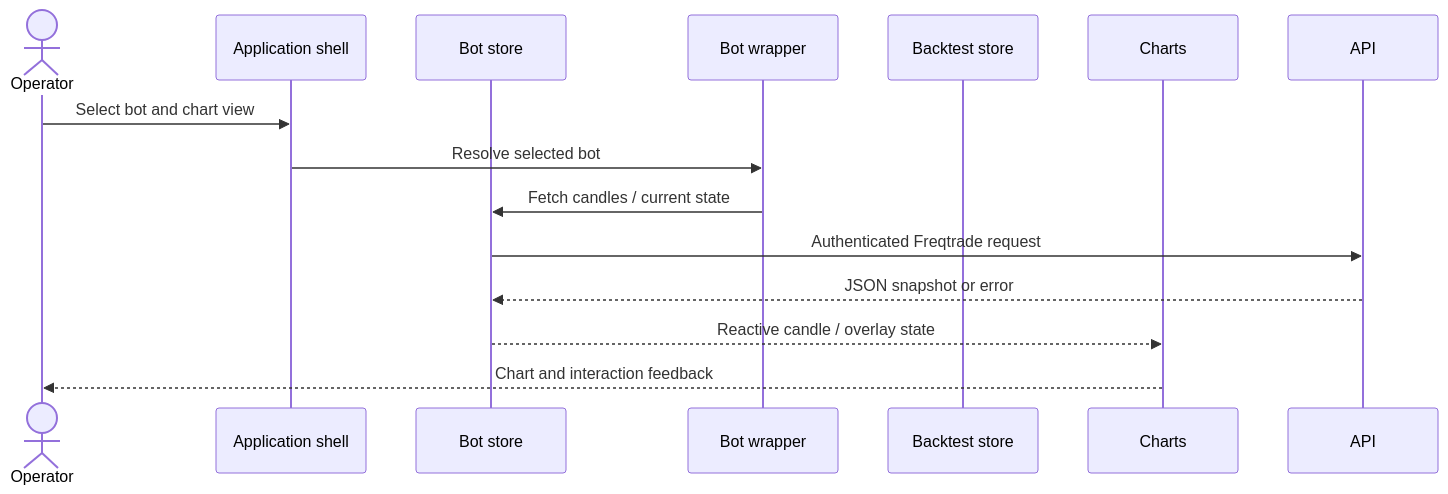
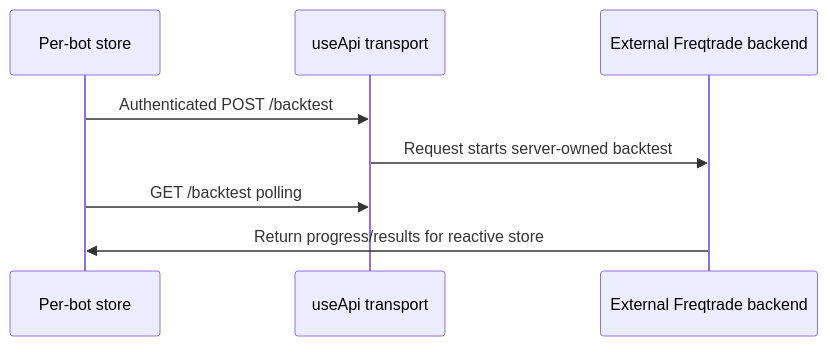
The fourth of 4 diagrams in docs/ayu-develop.md (alexcwyu/frequi), drawn with Mermaid before and after one commit. The commit also changed other lines of this file and 7 other files, not shown here.

Commit message:
docs: standardize source-reviewed system guides and offline diagrams

````diff
--- a/docs/ayu-develop.md
+++ b/docs/ayu-develop.md
@@ -105,16 +155,10 @@
 ```mermaid
 sequenceDiagram
-  actor Operator
-  participant P0 as Application shell
-  participant P1 as Bot store
-  participant P2 as Bot wrapper
-  participant P3 as Backtest store
-  participant P4 as Charts
-  Operator->>P0: Select bot and chart view
-  P0->>P2: Resolve selected bot
-  P2->>P1: Fetch candles / current state
-  P1->>API: Authenticated Freqtrade request
-  API-->>P1: JSON snapshot or error
-  P1-->>P4: Reactive candle / overlay state
-  P4-->>Operator: Chart and interaction feedback
+  participant N0 as Per-bot store
+  participant N1 as useApi transport
+  participant N2 as External Freqtrade backend
+  N0->>N1: Authenticated POST /backtest
+  N1->>N2: Request starts server-owned backtest
+  N0->>N1: GET /backtest polling
+  N2->>N0: Return progress/results for reactive store
 ```
````
